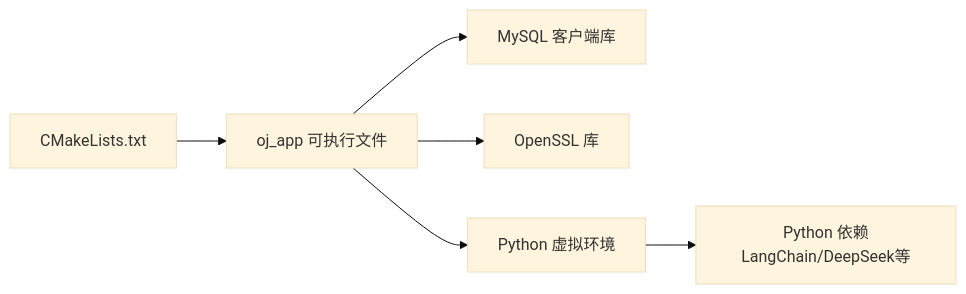
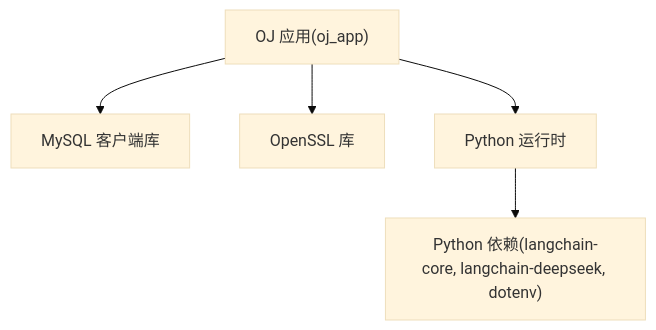
The eighth of 8 diagrams in .qoder/repowiki/zh/content/项目概述.md (jinpeng900/OJ-Test), drawn with Mermaid (base theme) before and after one commit. The commit also changed other lines of this file and 147 other files, not shown here.

````diff
--- a/.qoder/repowiki/zh/content/项目概述.md
+++ b/.qoder/repowiki/zh/content/项目概述.md
@@ -346,8 +365,12 @@
 ```mermaid
-graph LR
-CMake["CMakeLists.txt"] --> Build["oj_app 可执行文件"]
-Build --> MySQL["MySQL 客户端库"]
-Build --> OpenSSL["OpenSSL 库"]
-Build --> Python["Python 虚拟环境"]
-Python --> PyDeps["Python 依赖LangChain/DeepSeek等"]
+graph TB
+OJ["OJ 应用(oj_app)"]
+MYSQL["MySQL 客户端库"]
+OPENSSL["OpenSSL 库"]
+PY["Python 运行时"]
+REQ["Python 依赖(langchain-core, langchain-deepseek, dotenv)"]
+OJ --> MYSQL
+OJ --> OPENSSL
+OJ --> PY
+PY --> REQ
 ```
````
